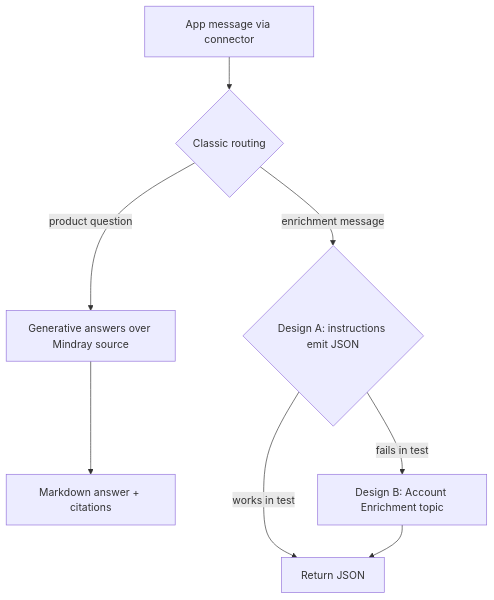
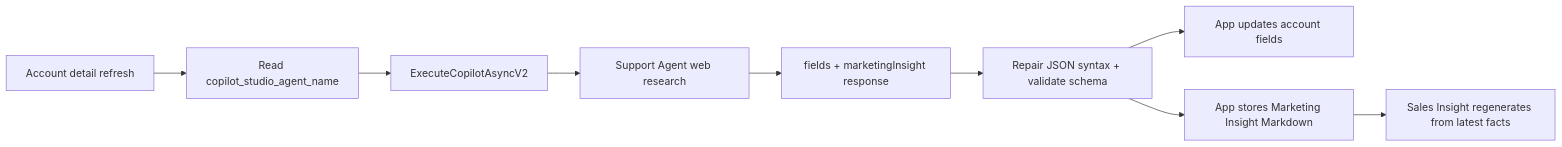
One commit to illusion615/Agentic-Sales-Mobile changed the diagram in copilot-studio/agents/agentic-crm-support-agent.md. Above: the diagram before and after it, drawn with Mermaid. The commit also changed other lines of this file and 122 other files, not shown here.

````diff
--- a/copilot-studio/agents/agentic-crm-support-agent.md
+++ b/copilot-studio/agents/agentic-crm-support-agent.md
@@ -150,10 +41,11 @@
 ```mermaid
-flowchart TD
-    A[App message via connector] --> B{Classic routing}
-    B -- product question --> F[Generative answers over Mindray source]
-    F --> G[Markdown answer + citations]
-    B -- enrichment message --> D{Design A: instructions emit JSON}
-    D -- works in test --> E[Return JSON]
-    D -- fails in test --> C[Design B: Account Enrichment topic]
-    C --> E[Return JSON]
+flowchart LR
+    A[Account detail refresh] --> B[Read copilot_studio_agent_name]
+    B --> C[ExecuteCopilotAsyncV2]
+    C --> D[Support Agent web research]
+    D --> E[fields + marketingInsight response]
+    E --> F[Repair JSON syntax + validate schema]
+    F --> G[App updates account fields]
+    F --> H[App stores Marketing Insight Markdown]
+    H --> I[Sales Insight regenerates from latest facts]
 ```
````
